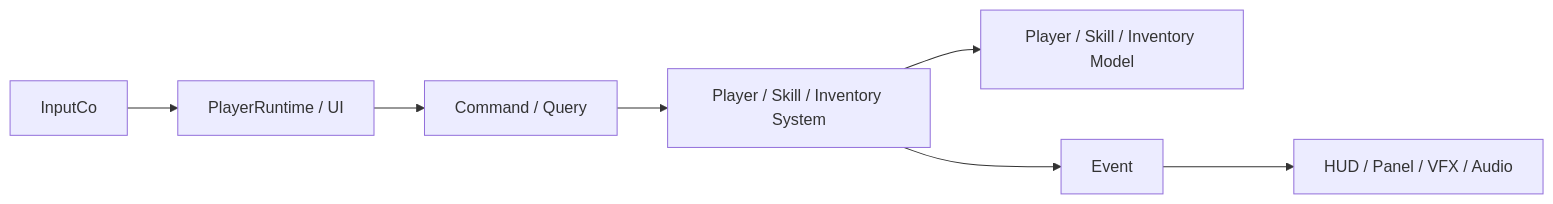
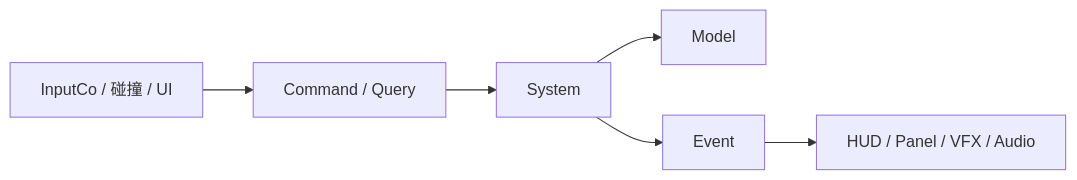
Before and after one commit to forrsine/Treasure-Hunter: the second of 3 diagrams in README.md, drawn with Mermaid. The commit also changed other lines of this file and 2601 other files, not shown here.

````diff
--- a/README.md
+++ b/README.md
@@ -180,9 +168,8 @@
 ```mermaid
 flowchart LR
-    A["InputCo"] --> B["PlayerRuntime / UI"]
-    B --> C["Command / Query"]
-    C --> D["Player / Skill / Inventory System"]
-    D --> E["Player / Skill / Inventory Model"]
-    D --> F["Event"]
-    F --> G["HUD / Panel / VFX / Audio"]
+    A["InputCo / 碰撞 / UI"] --> B["Command / Query"]
+    B --> C["System"]
+    C --> D["Model"]
+    C --> E["Event"]
+    E --> F["HUD / Panel / VFX / Audio"]
 ```
````
